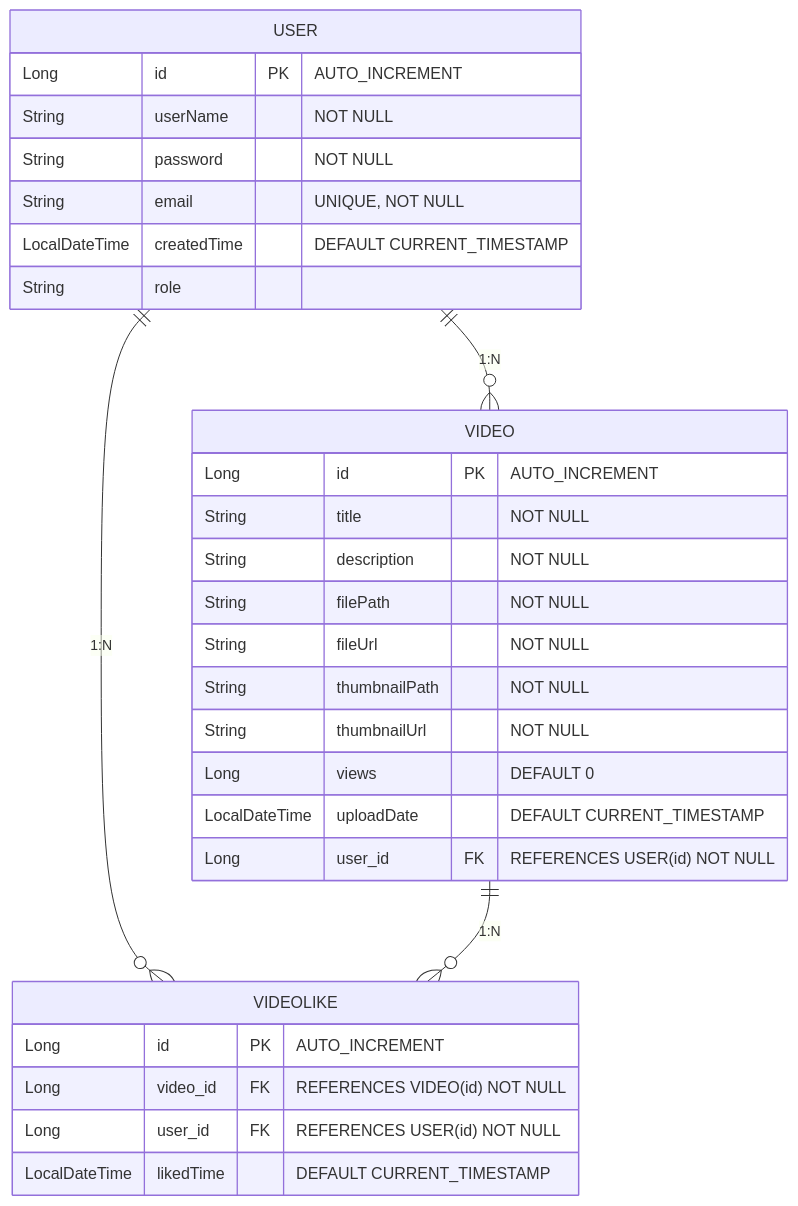
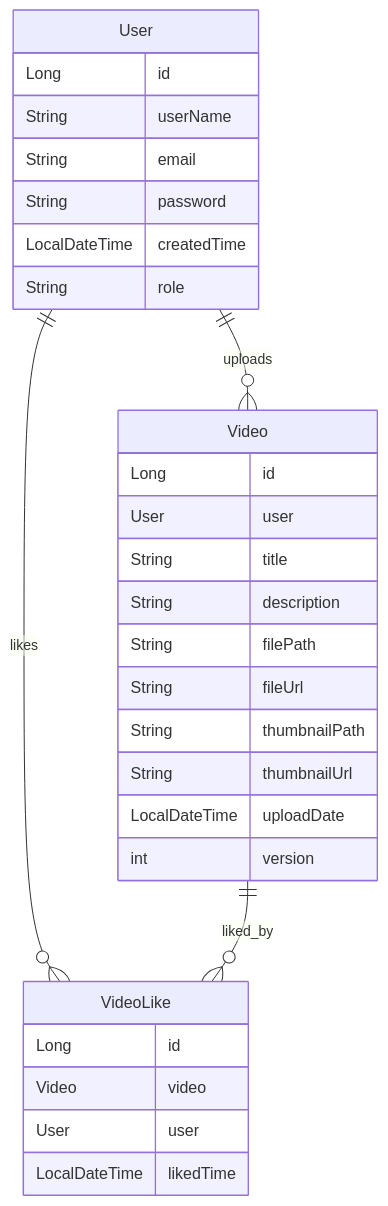
One commit to chungminsik/video changed the second of 2 diagrams in README.md. Above: the diagram before and after it, drawn with Mermaid. The commit also changed other lines of this file, not shown here.

````diff
--- a/README.md
+++ b/README.md
@@ -60,35 +64,35 @@
 ```mermaid
 erDiagram
-    USER {
-        Long id PK "AUTO_INCREMENT"
-        String userName "NOT NULL"
-        String password "NOT NULL"
-        String email "UNIQUE, NOT NULL"
-        LocalDateTime createdTime "DEFAULT CURRENT_TIMESTAMP"
+    User ||--o{ Video : uploads
+    User ||--o{ VideoLike : likes
+    Video ||--o{ VideoLike : liked_by
+
+    User {
+        Long id
+        String userName
+        String email
+        String password
+        LocalDateTime createdTime
         String role
     }
-    
-    VIDEO {
-        Long id PK "AUTO_INCREMENT"
-        String title "NOT NULL"
-        String description "NOT NULL"
-        String filePath "NOT NULL"
-        String fileUrl "NOT NULL"
-        String thumbnailPath "NOT NULL"
-        String thumbnailUrl "NOT NULL"
-        Long views "DEFAULT 0"
-        LocalDateTime uploadDate "DEFAULT CURRENT_TIMESTAMP"
-        Long user_id FK "REFERENCES USER(id) NOT NULL"
+
+    Video {
+        Long id
+        User user
+        String title
+        String description
+        String filePath
+        String fileUrl
+        String thumbnailPath
+        String thumbnailUrl
+        LocalDateTime uploadDate
+        int version
     }
-    
-    VIDEOLIKE {
-        Long id PK "AUTO_INCREMENT"
-        Long video_id FK "REFERENCES VIDEO(id) NOT NULL"
-        Long user_id FK "REFERENCES USER(id) NOT NULL"
-        LocalDateTime likedTime "DEFAULT CURRENT_TIMESTAMP"
+
+    VideoLike {
+        Long id
+        Video video
+        User user
+        LocalDateTime likedTime
     }
-    
-    USER ||--o{ VIDEO : "1:N"
-    USER ||--o{ VIDEOLIKE : "1:N"
-    VIDEO ||--o{ VIDEOLIKE : "1:N"
 ```
````
